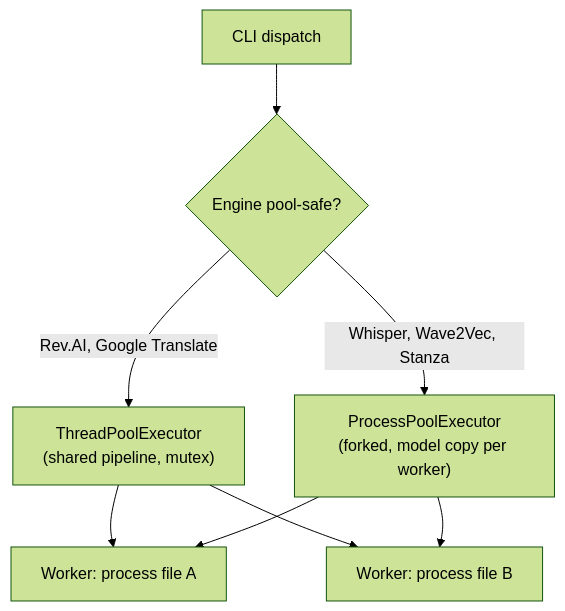
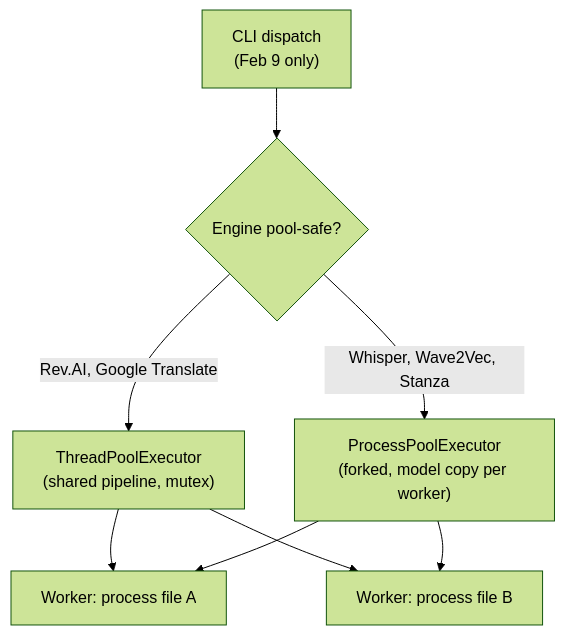
One commit to TalkBank/batchalign3 changed the first of 2 diagrams in book/src/migration/developer-migration.md. Above: the diagram before and after it, drawn with Mermaid (forest theme). The commit also changed other lines of this file and 243 other files, not shown here.

````diff
--- a/book/src/migration/developer-migration.md
+++ b/book/src/migration/developer-migration.md
@@ -102,17 +107,17 @@
 ```mermaid
 flowchart TD
-    cli["CLI dispatch"]
+    cli["CLI dispatch\n(Feb 9 only)"]
     classify{"Engine pool-safe?"}
     thread["ThreadPoolExecutor\n(shared pipeline, mutex)"]
     process["ProcessPoolExecutor\n(forked, model copy per worker)"]
     file1["Worker: process file A"]
     file2["Worker: process file B"]
 
     cli --> classify
     classify -->|"Rev.AI, Google Translate"| thread
     classify -->|"Whisper, Wave2Vec, Stanza"| process
     thread --> file1
     thread --> file2
     process --> file1
     process --> file2
 ```
````
